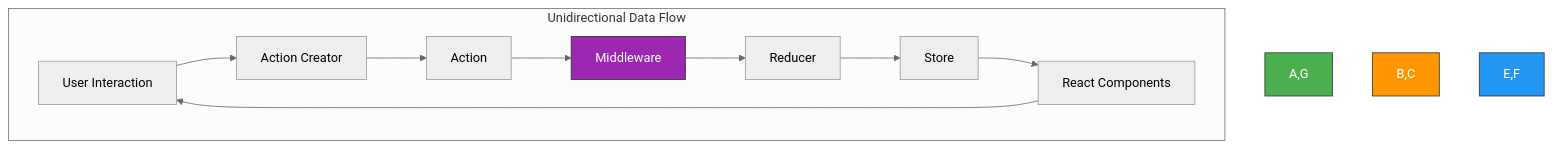
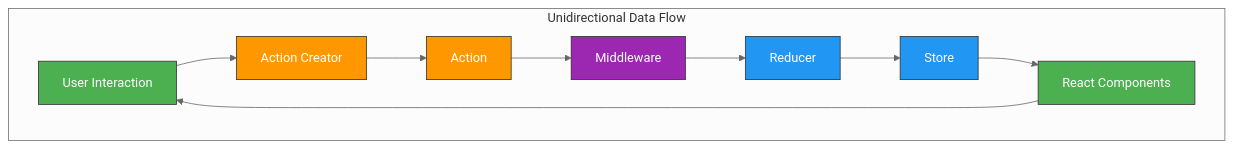
Before and after one commit to TuPhung369/Haaga_Backend_Programming: the first of 5 diagrams in TuPhung_Docs/docs/frontend/state-management.md, drawn with Mermaid (neutral theme). The commit also changed other lines of this file and 25 other files, not shown here.

````diff
--- a/TuPhung_Docs/docs/frontend/state-management.md
+++ b/TuPhung_Docs/docs/frontend/state-management.md
@@ -12,25 +12,30 @@
 ```mermaid
 flowchart TD
     A[User Interaction] --> B[Action Creator]
     B --> C[Action]
     C --> D[Middleware]
     D --> E[Reducer]
     E --> F[Store]
     F --> G[React Components]
     G --> A
 
     subgraph "Unidirectional Data Flow"
         A
         B
         C
         D
         E
         F
         G
     end
 
-    style A,G fill:#4CAF50,stroke:#333,stroke-width:1px,color:#fff
-    style B,C fill:#FF9800,stroke:#333,stroke-width:1px,color:#fff
-    style D fill:#9C27B0,stroke:#333,stroke-width:1px,color:#fff
-    style E,F fill:#2196F3,stroke:#333,stroke-width:1px,color:#fff
+    classDef userInterface fill:#4CAF50,stroke:#333,stroke-width:1px,color:#fff
+    classDef actionLayer fill:#FF9800,stroke:#333,stroke-width:1px,color:#fff
+    classDef middlewareLayer fill:#9C27B0,stroke:#333,stroke-width:1px,color:#fff
+    classDef stateLayer fill:#2196F3,stroke:#333,stroke-width:1px,color:#fff
+
+    class A,G userInterface
+    class B,C actionLayer
+    class D middlewareLayer
+    class E,F stateLayer
 ```
````
